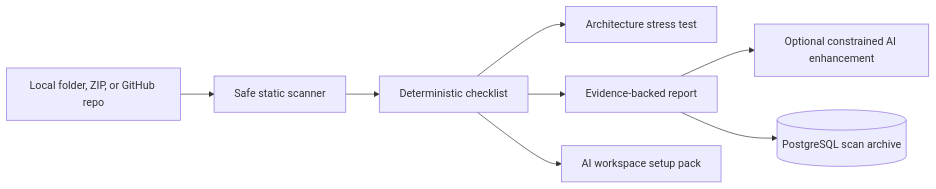
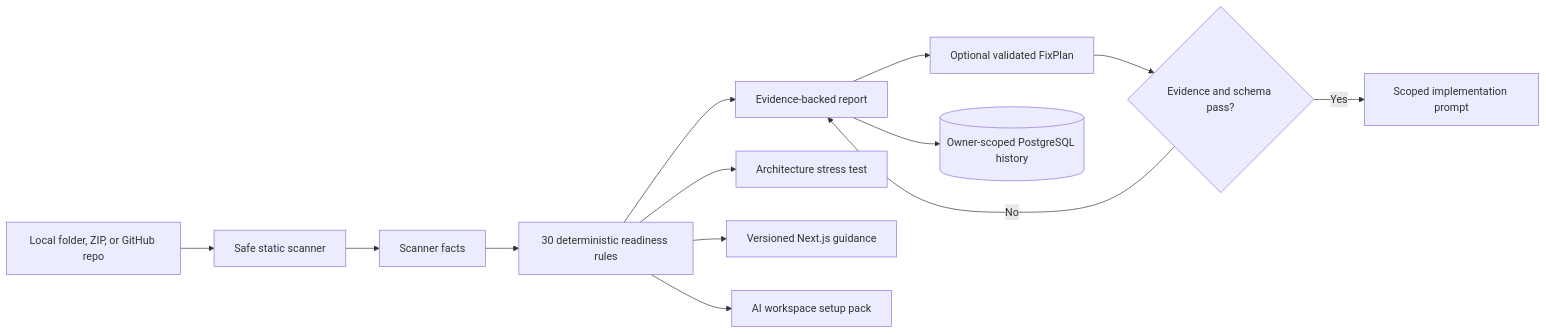
The diagram in docs/PORTFOLIO_CASE_STUDY.md (Abhinav-0311/Vibe), drawn with Mermaid before and after one commit. The commit also changed other lines of this file and 21 other files, not shown here.

````diff
--- a/docs/PORTFOLIO_CASE_STUDY.md
+++ b/docs/PORTFOLIO_CASE_STUDY.md
@@ -21,10 +22,15 @@
 ```mermaid
 flowchart LR
     A[Local folder, ZIP, or GitHub repo] --> B[Safe static scanner]
-    B --> C[Deterministic checklist]
-    C --> D[Architecture stress test]
-    C --> E[Evidence-backed report]
-    E --> F[Optional constrained AI enhancement]
-    C --> G[AI workspace setup pack]
-    E --> H[(PostgreSQL scan archive)]
+    B --> C[Scanner facts]
+    C --> D[30 deterministic readiness rules]
+    D --> E[Evidence-backed report]
+    D --> F[Architecture stress test]
+    D --> G[Versioned Next.js guidance]
+    E --> H[Optional validated FixPlan]
+    H --> I{Evidence and schema pass?}
+    I -->|Yes| J[Scoped implementation prompt]
+    I -->|No| E
+    D --> K[AI workspace setup pack]
+    E --> L[(Owner-scoped PostgreSQL history)]
 ```
````
